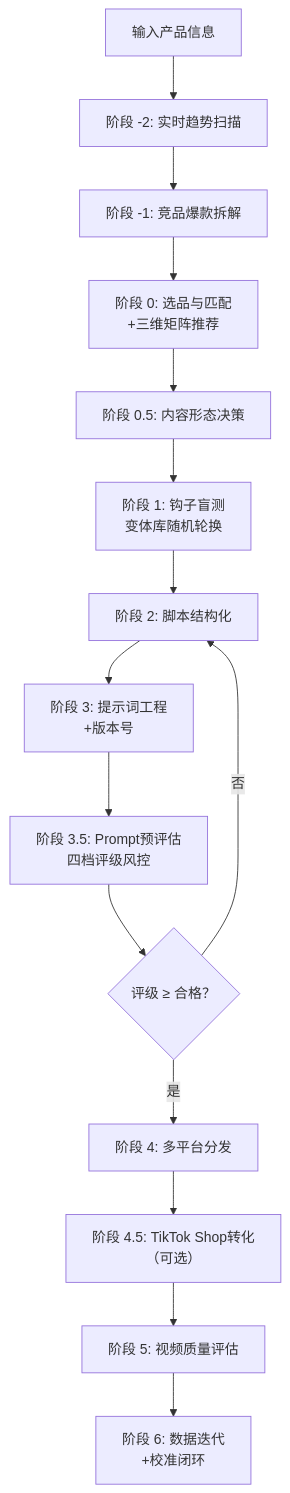
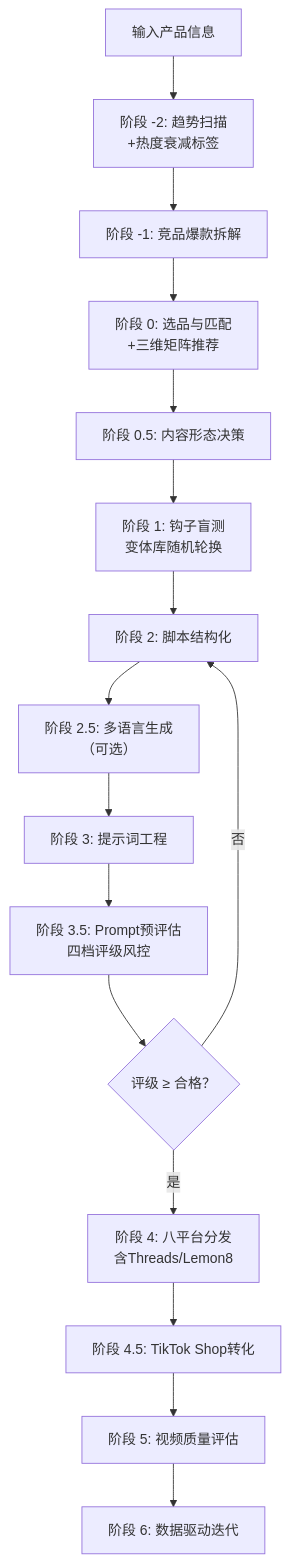
Before and after one commit to qq547820639/tiktok-ad-video-skill: the diagram in README.md, drawn with Mermaid. The commit also changed other lines of this file, not shown here.

````diff
--- a/README.md
+++ b/README.md
@@ -68,17 +186,18 @@
 ```mermaid
 graph TD
-    A[输入产品信息] --> B[阶段 -2: 实时趋势扫描]
+    A[输入产品信息] --> B[阶段 -2: 趋势扫描<br/>+热度衰减标签]
     B --> C[阶段 -1: 竞品爆款拆解]
     C --> D[阶段 0: 选品与匹配<br/>+三维矩阵推荐]
     D --> E[阶段 0.5: 内容形态决策]
     E --> F[阶段 1: 钩子盲测<br/>变体库随机轮换]
     F --> G[阶段 2: 脚本结构化]
-    G --> H[阶段 3: 提示词工程<br/>+版本号]
-    H --> I[阶段 3.5: Prompt预评估<br/>四档评级风控]
-    I --> J{评级 ≥ 合格？}
-    J -->|是| K[阶段 4: 多平台分发]
-    J -->|否| G
-    K --> L[阶段 4.5: TikTok Shop转化<br/>（可选）]
-    L --> M[阶段 5: 视频质量评估]
-    M --> N[阶段 6: 数据迭代<br/>+校准闭环]
+    G --> H[阶段 2.5: 多语言生成<br/>（可选）]
+    H --> I[阶段 3: 提示词工程]
+    I --> J[阶段 3.5: Prompt预评估<br/>四档评级风控]
+    J --> K{评级 ≥ 合格？}
+    K -->|是| L[阶段 4: 八平台分发<br/>含Threads/Lemon8]
+    K -->|否| G
+    L --> M[阶段 4.5: TikTok Shop转化]
+    M --> N[阶段 5: 视频质量评估]
+    N --> O[阶段 6: 数据驱动迭代]
 ```
````
